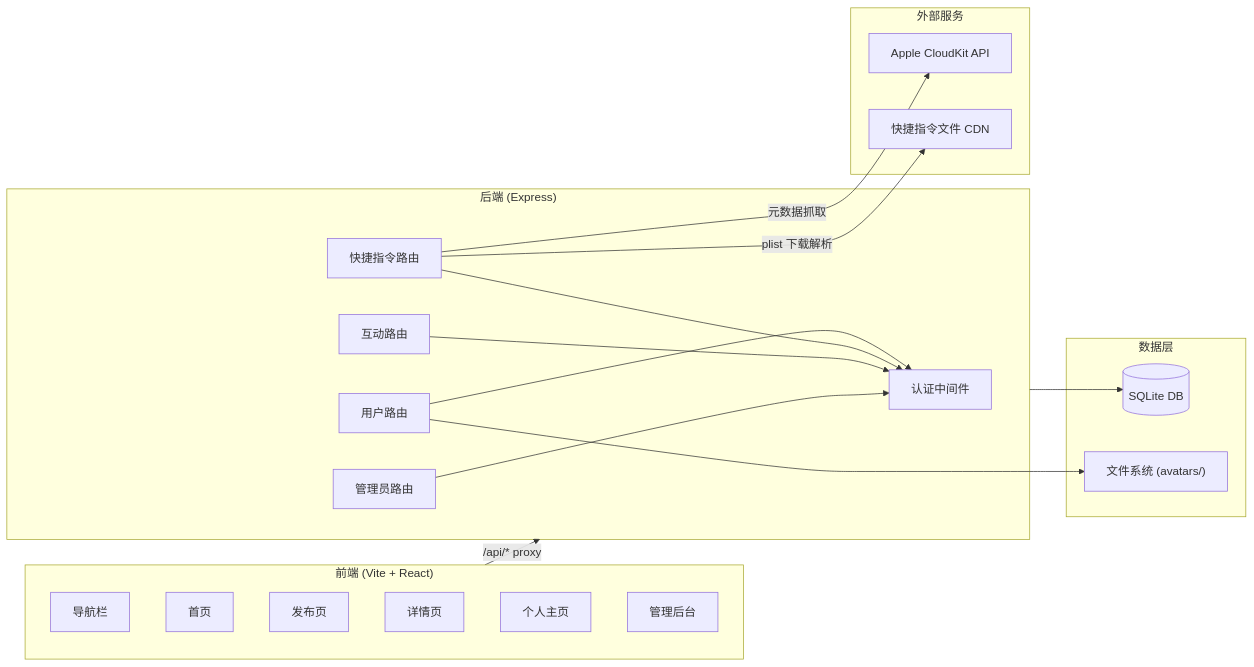
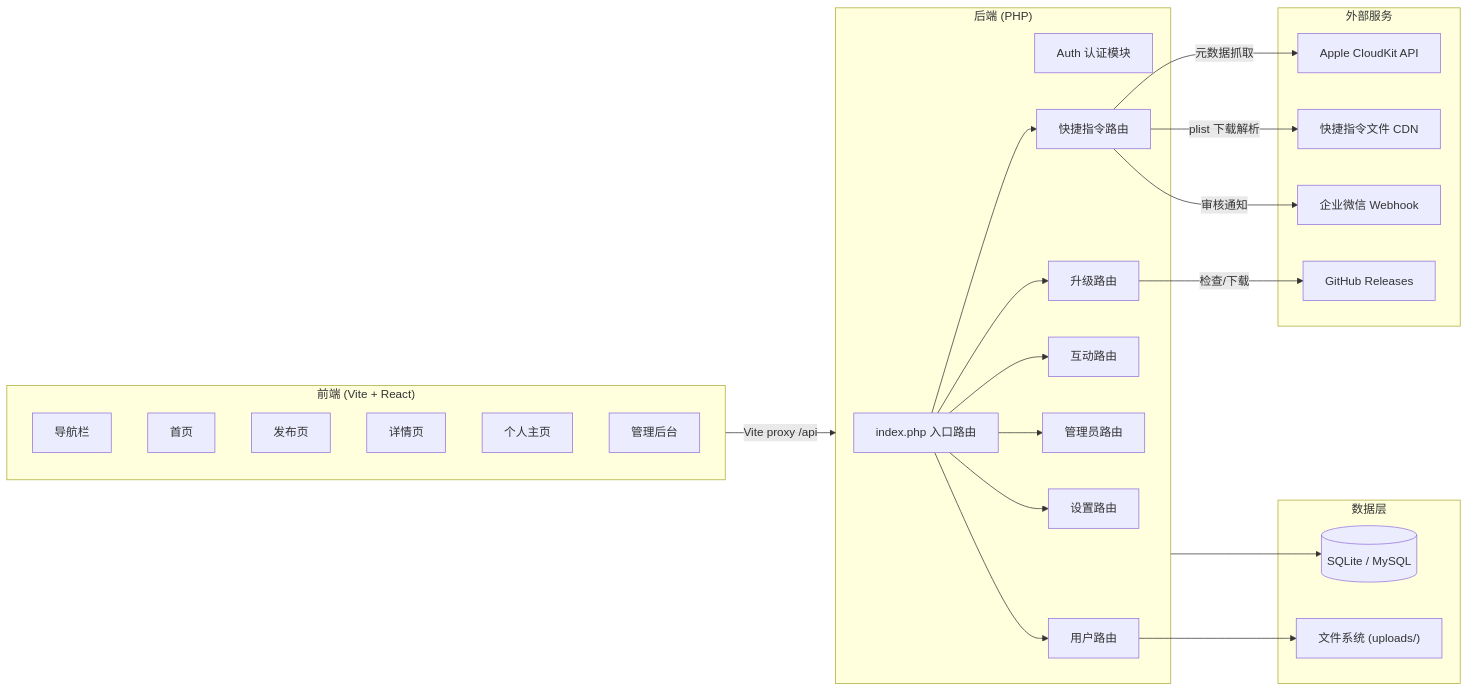
One commit to muzikeji/shortcut changed the first of 4 diagrams in .monkeycode/docs/ARCHITECTURE.md. Above: the diagram before and after it, drawn with Mermaid. The commit also changed other lines of this file and 14 other files, not shown here.

First line of the commit message:
docs: rewrite all project docs for PHP backend (v1.3.2)

````diff
--- a/.monkeycode/docs/ARCHITECTURE.md
+++ b/.monkeycode/docs/ARCHITECTURE.md
@@ -134,39 +188,48 @@
 ```mermaid
 flowchart LR
     subgraph Frontend["前端 (Vite + React)"]
         Navbar["导航栏"]
         Home["首页"]
         Share["发布页"]
         Detail["详情页"]
         Profile["个人主页"]
         Admin["管理后台"]
     end
 
-    subgraph Backend["后端 (Express)"]
-        AuthMid["认证中间件"]
+    subgraph Backend["后端 (PHP)"]
+        Index["index.php 入口路由"]
+        AuthMid["Auth 认证模块"]
         UserRoutes["用户路由"]
         ShortcutRoutes["快捷指令路由"]
         InteractRoutes["互动路由"]
         AdminRoutes["管理员路由"]
+        SettingsRoutes["设置路由"]
+        UpdateRoutes["升级路由"]
     end
 
     subgraph Data["数据层"]
-        SQLite[("SQLite DB")]
-        FS["文件系统 (avatars/)"]
+        DB[("SQLite / MySQL")]
+        FS["文件系统 (uploads/)"]
     end
 
     subgraph External["外部服务"]
         iCloud["Apple CloudKit API"]
         CDN["快捷指令文件 CDN"]
+        Wechat["企业微信 Webhook"]
+        GitHub["GitHub Releases"]
     end
 
-    Frontend -->|"/api/* proxy"| Backend
-    UserRoutes --> AuthMid
-    ShortcutRoutes --> AuthMid
-    InteractRoutes --> AuthMid
-    AdminRoutes --> AuthMid
-    Backend --> SQLite
+    Frontend -->|"Vite proxy /api"| Backend
+    Index --> UserRoutes
+    Index --> ShortcutRoutes
+    Index --> InteractRoutes
+    Index --> AdminRoutes
+    Index --> SettingsRoutes
+    Index --> UpdateRoutes
+    Backend --> DB
     UserRoutes --> FS
     ShortcutRoutes -->|"元数据抓取"| iCloud
     ShortcutRoutes -->|"plist 下载解析"| CDN
+    ShortcutRoutes -->|"审核通知"| Wechat
+    UpdateRoutes -->|"检查/下载"| GitHub
 ```
````
